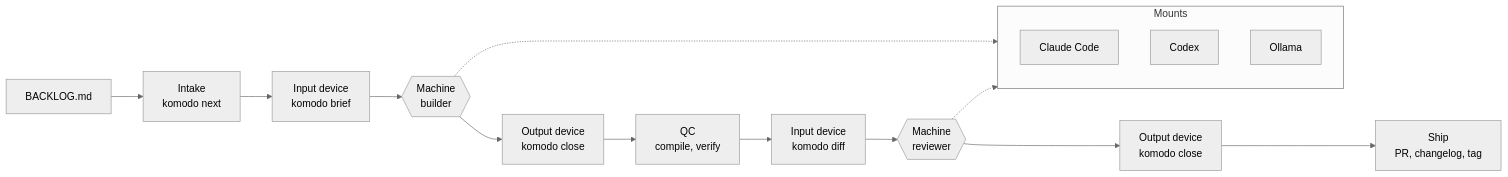
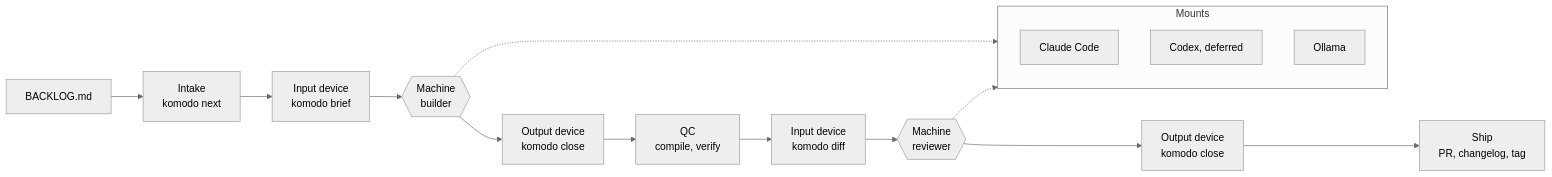
Before and after one commit to rdevitto86/komodo-agentic-factory-coding: the diagram in README.md, drawn with Mermaid (neutral theme). The commit also changed other lines of this file and 56 other files, not shown here.

````diff
--- a/README.md
+++ b/README.md
@@ -9,19 +9,19 @@
 ```mermaid
 flowchart LR
     B[BACKLOG.md] --> I[Intake<br/>komodo next]
     I --> BR1[Input device<br/>komodo brief]
     BR1 --> M1{{Machine<br/>builder}}
     M1 --> C1[Output device<br/>komodo close]
     C1 --> QC[QC<br/>compile, verify]
     QC --> BR2[Input device<br/>komodo diff]
     BR2 --> M2{{Machine<br/>reviewer}}
     M2 --> C2[Output device<br/>komodo close]
     C2 --> S[Ship<br/>PR, changelog, tag]
     subgraph Mounts
         CC[Claude Code]
-        CX[Codex]
+        CX[Codex, deferred]
         OL[Ollama]
     end
     M1 -.-> Mounts
     M2 -.-> Mounts
 ```
````
